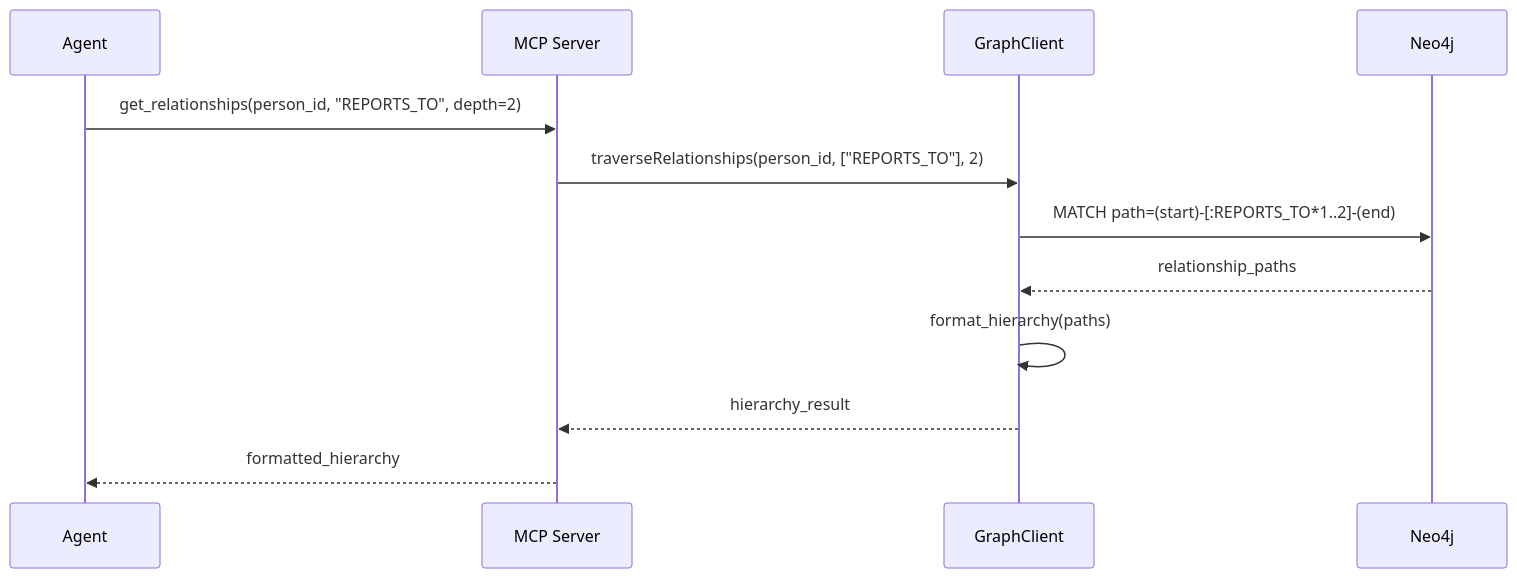
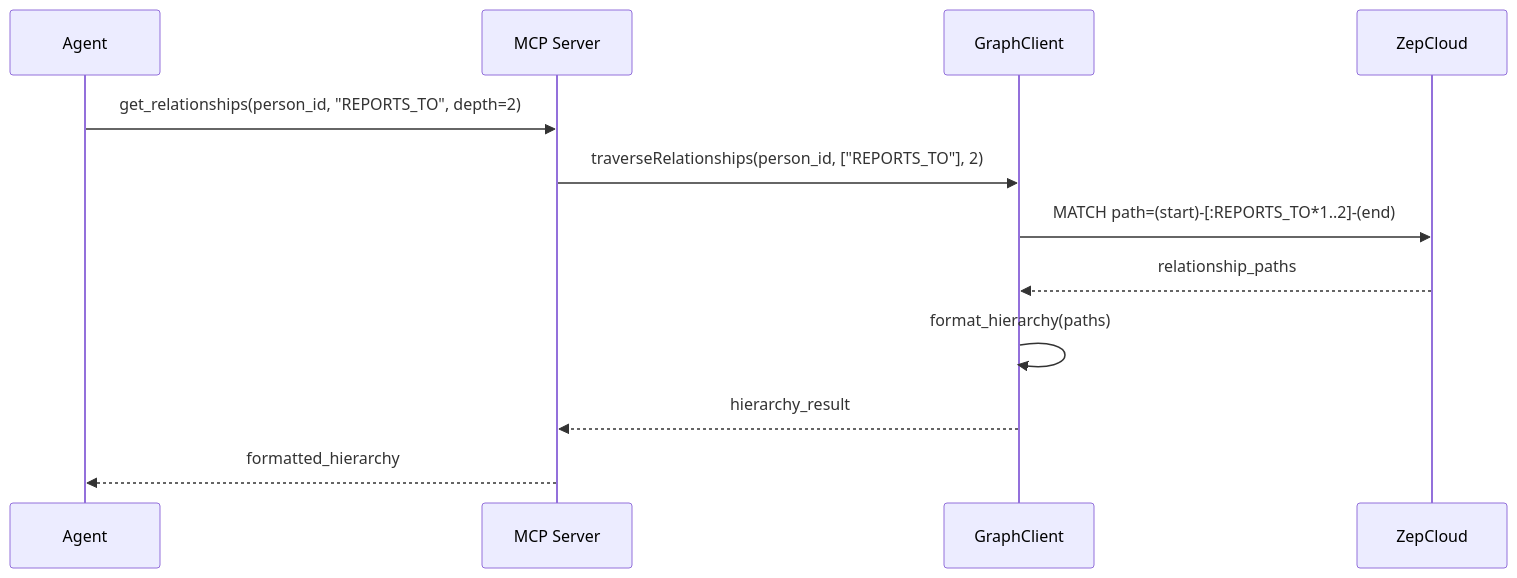
The fourth of 7 diagrams in ARCHITECTURE.md (leovigna/agent-coeus), drawn with Mermaid before and after one commit. The commit also changed other lines of this file and 6 other files, not shown here.

````diff
--- a/ARCHITECTURE.md
+++ b/ARCHITECTURE.md
@@ -221,15 +217,15 @@
 ```mermaid
 sequenceDiagram
     participant Agent
     participant MCP as MCP Server
     participant GraphClient
-    participant Neo4j
+    participant ZepCloud
 
     Agent->>MCP: get_relationships(person_id, "REPORTS_TO", depth=2)
     MCP->>GraphClient: traverseRelationships(person_id, ["REPORTS_TO"], 2)
-    GraphClient->>Neo4j: MATCH path=(start)-[:REPORTS_TO*1..2]-(end)
-    Neo4j-->>GraphClient: relationship_paths
+    GraphClient->>ZepCloud: MATCH path=(start)-[:REPORTS_TO*1..2]-(end)
+    ZepCloud-->>GraphClient: relationship_paths
     GraphClient->>GraphClient: format_hierarchy(paths)
     GraphClient-->>MCP: hierarchy_result
     MCP-->>Agent: formatted_hierarchy
 ```
````
